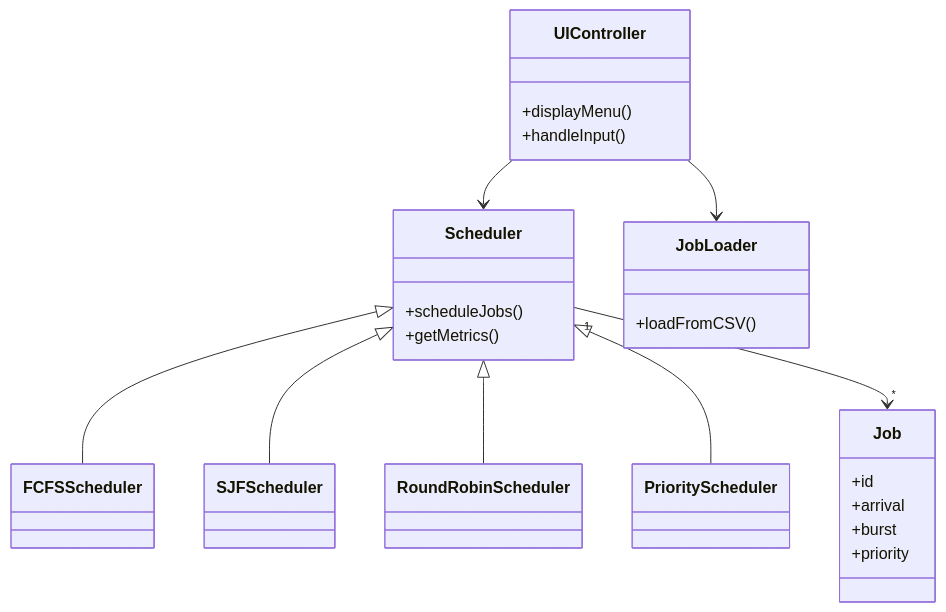
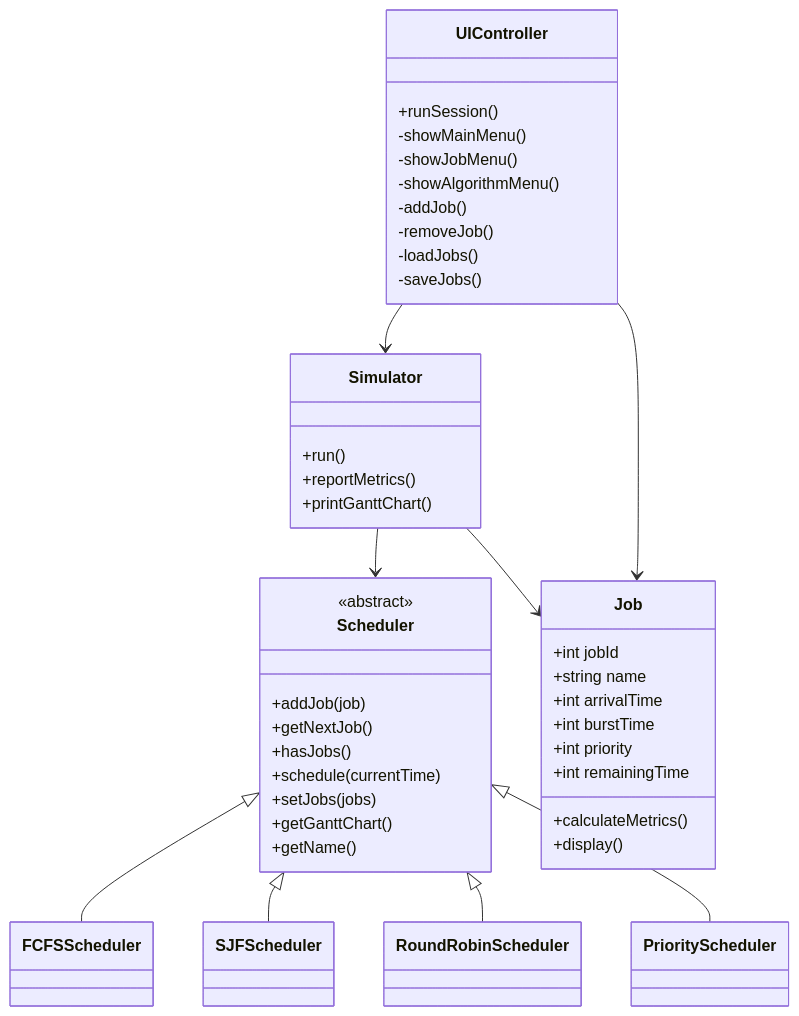
The first of 2 diagrams in README.md (17kaushalsingh/Job-Scheduling-Algorithms), drawn with Mermaid before and after one commit. The commit also changed other lines of this file and 11 other files, not shown here.

````diff
--- a/README.md
+++ b/README.md
@@ -51,27 +184,51 @@
 ```mermaid
 classDiagram
     class Scheduler {
-        +scheduleJobs()
-        +getMetrics()
+        <<abstract>>
+        +addJob(job)
+        +getNextJob()
+        +hasJobs()
+        +schedule(currentTime)
+        +setJobs(jobs)
+        +getGanttChart()
+        +getName()
     }
+
     class Job {
-        +id
-        +arrival
-        +burst
-        +priority
+        +int jobId
+        +string name
+        +int arrivalTime
+        +int burstTime
+        +int priority
+        +int remainingTime
+        +calculateMetrics()
+        +display()
     }
+
+    class Simulator {
+        +run()
+        +reportMetrics()
+        +printGanttChart()
+    }
+
     class UIController {
-        +displayMenu()
-        +handleInput()
+        +runSession()
+        -showMainMenu()
+        -showJobMenu()
+        -showAlgorithmMenu()
+        -addJob()
+        -removeJob()
+        -loadJobs()
+        -saveJobs()
     }
-    class JobLoader {
-        +loadFromCSV()
-    }
+
     Scheduler <|-- FCFSScheduler
     Scheduler <|-- SJFScheduler
     Scheduler <|-- RoundRobinScheduler
     Scheduler <|-- PriorityScheduler
-    UIController --> Scheduler
-    UIController --> JobLoader
-    Scheduler "1" --> "*" Job
+
+    Simulator --> Scheduler
+    Simulator --> Job
+    UIController --> Simulator
+    UIController --> Job
 ```
````
